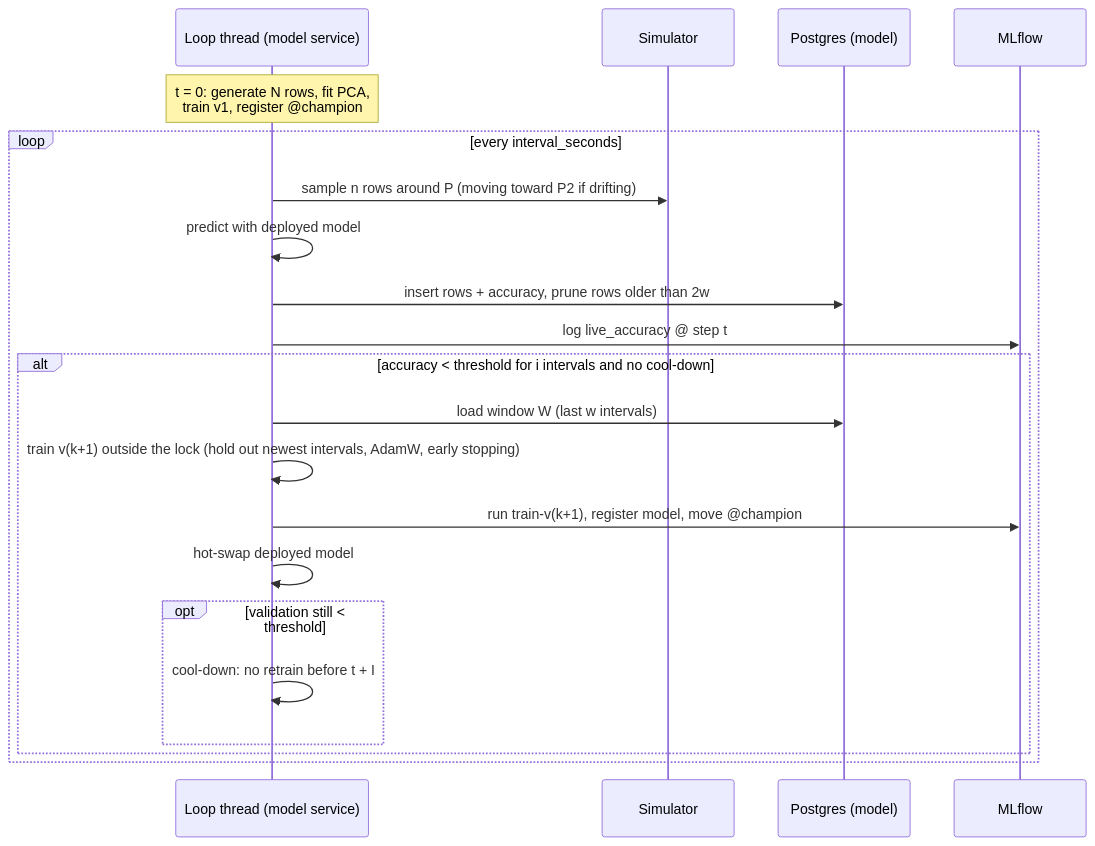
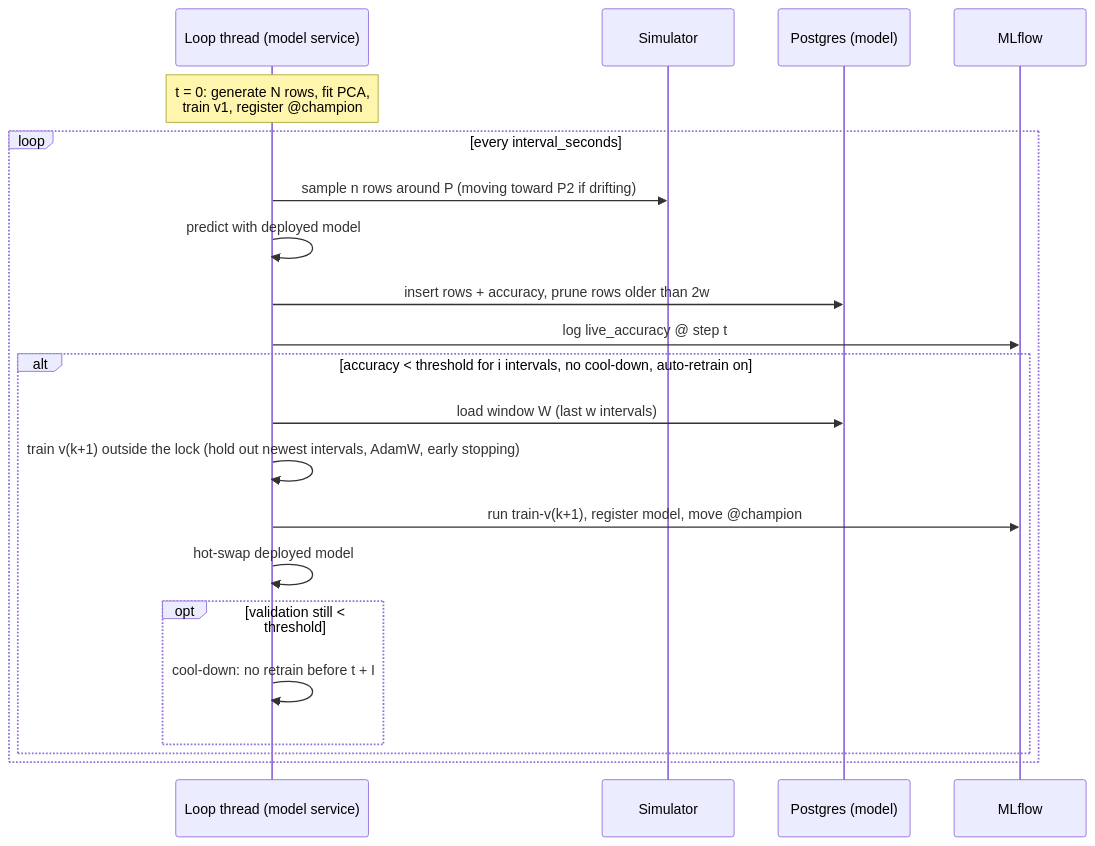
One commit to ko222uky/data-drift-simulator changed the third of 3 diagrams in docs/architecture.md. Above: the diagram before and after it, drawn with Mermaid. The commit also changed other lines of this file and 15 other files, not shown here.

````diff
--- a/docs/architecture.md
+++ b/docs/architecture.md
@@ -74,23 +74,23 @@
 ```mermaid
 sequenceDiagram
     participant L as Loop thread (model service)
     participant S as Simulator
     participant DB as Postgres (model)
     participant ML as MLflow
     Note over L: t = 0: generate N rows, fit PCA,<br/>train v1, register @champion
     loop every interval_seconds
         L->>S: sample n rows around P (moving toward P2 if drifting)
         L->>L: predict with deployed model
         L->>DB: insert rows + accuracy, prune rows older than 2w
         L->>ML: log live_accuracy @ step t
-        alt accuracy < threshold for i intervals and no cool-down
+        alt accuracy < threshold for i intervals, no cool-down, auto-retrain on
             L->>DB: load window W (last w intervals)
             L->>L: train v(k+1) outside the lock (hold out newest intervals, AdamW, early stopping)
             L->>ML: run train-v(k+1), register model, move @champion
             L->>L: hot-swap deployed model
             opt validation still < threshold
                 L->>L: cool-down: no retrain before t + I
             end
         end
     end
 ```
````
